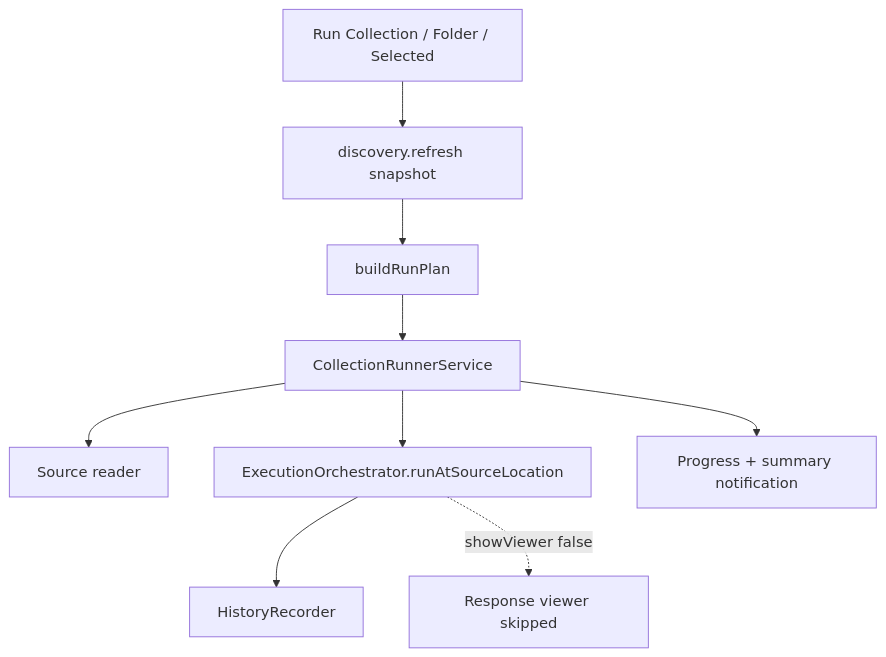
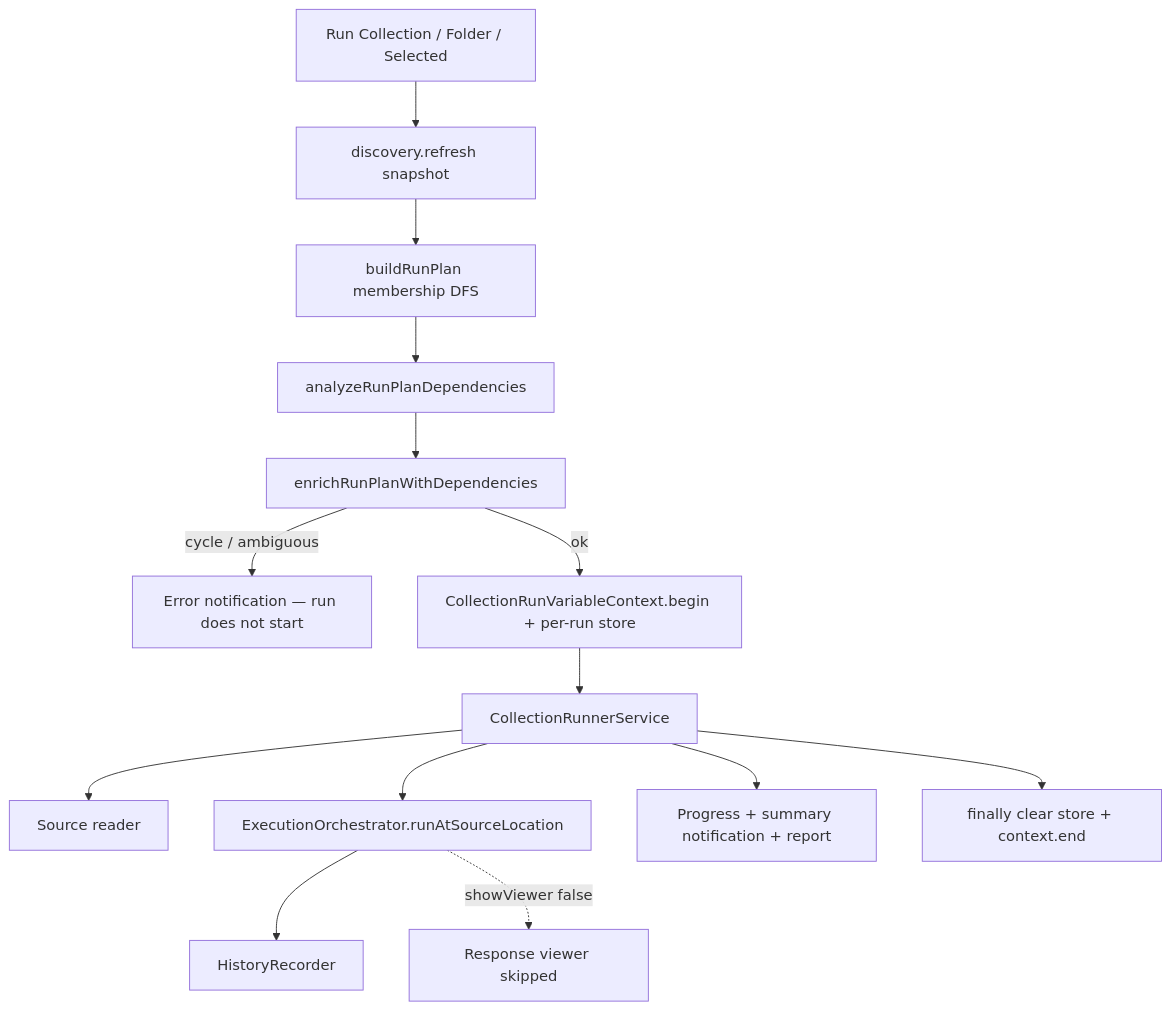
One commit to AnkitSemwal007/API-Hero changed the diagram in docs/architecture/collection-runner.md. Above: the diagram before and after it, drawn with Mermaid. The commit also changed other lines of this file and 81 other files, not shown here.

````diff
--- a/docs/architecture/collection-runner.md
+++ b/docs/architecture/collection-runner.md
@@ -98,11 +109,16 @@
 ```mermaid
 flowchart TB
   CMD[Run Collection / Folder / Selected] --> REFRESH[discovery.refresh snapshot]
-  REFRESH --> PLAN[buildRunPlan]
-  PLAN --> RUN[CollectionRunnerService]
+  REFRESH --> PLAN[buildRunPlan membership DFS]
+  PLAN --> ANALYZE[analyzeRunPlanDependencies]
+  ANALYZE --> ENRICH[enrichRunPlanWithDependencies]
+  ENRICH -->|cycle / ambiguous| BLOCK[Error notification — run does not start]
+  ENRICH -->|ok| BEGIN[CollectionRunVariableContext.begin + per-run store]
+  BEGIN --> RUN[CollectionRunnerService]
   RUN --> SRC[Source reader]
   RUN --> ORCH[ExecutionOrchestrator.runAtSourceLocation]
   ORCH --> HIST[HistoryRecorder]
   ORCH -.->|showViewer false| VIEW[Response viewer skipped]
-  RUN --> UI[Progress + summary notification]
+  RUN --> UI[Progress + summary notification + report]
+  RUN --> END[finally clear store + context.end]
 ```
````
